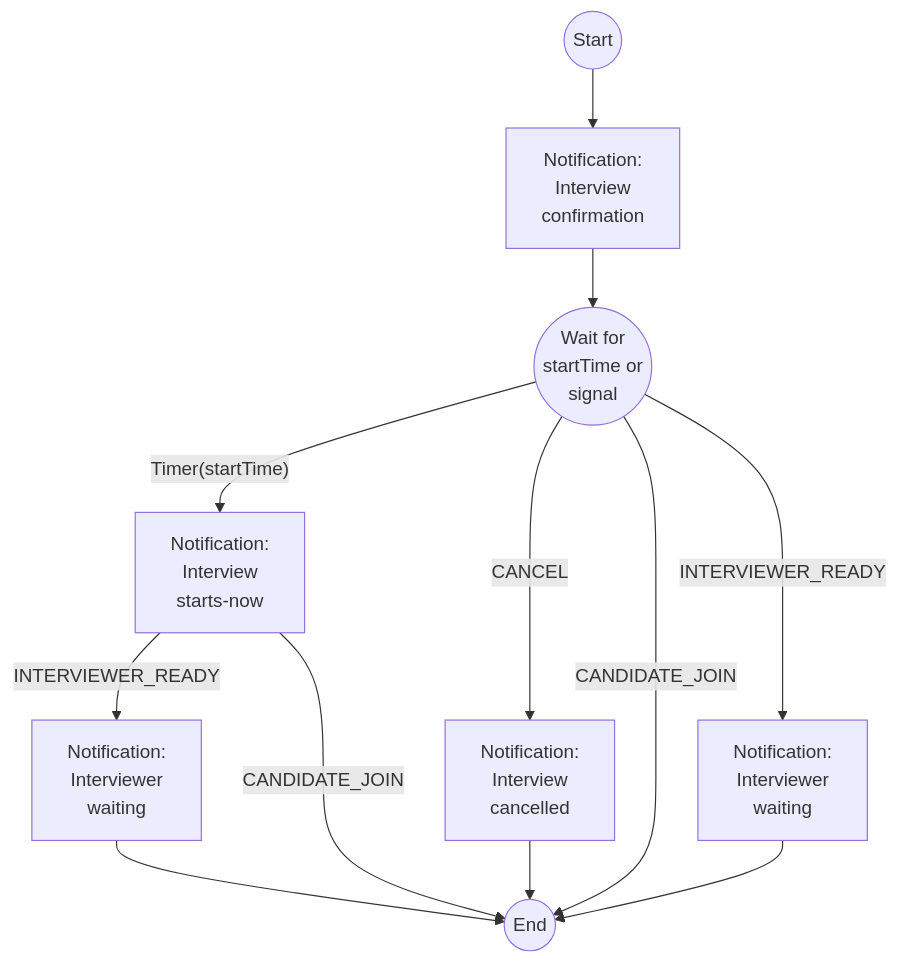
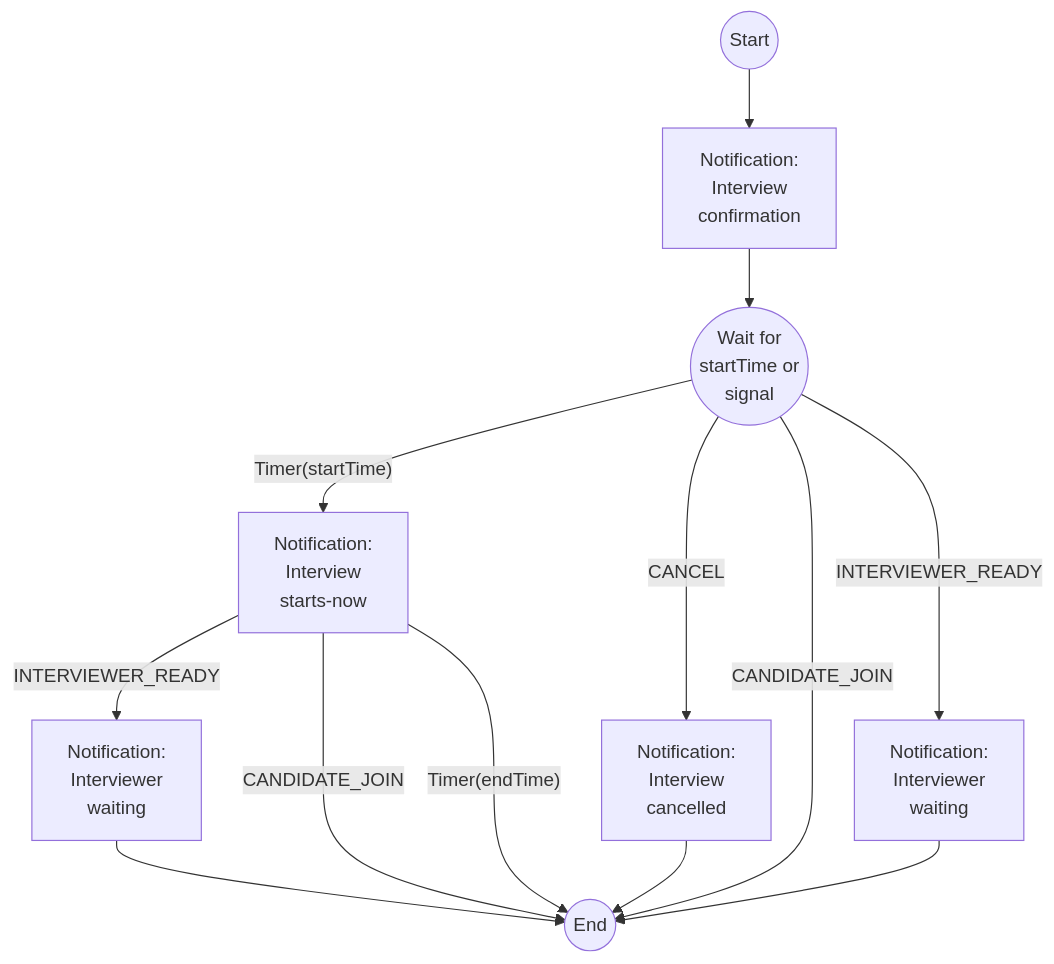
One commit to tonysyu/temporal-interview-notifications changed the diagram in README.md. Above: the diagram before and after it, drawn with Mermaid.

Commit message:
Update flowchart with endTime timer

````diff
--- a/README.md
+++ b/README.md
@@ -9,15 +9,16 @@
 ```mermaid
 graph TD
     A((Start)) --> B[Notification: <br/> Interview <br/> confirmation]
     B --> C((Wait for <br/> startTime or <br/> signal))
     C -->|"Timer(startTime)"| D[Notification: <br/> Interview <br/> starts-now]
  
     C -->|CANCEL| E[Notification: <br/> Interview <br/> cancelled]
     C -->|CANDIDATE_JOIN| Z((End))
     C -->|INTERVIEWER_READY| F[Notification: <br/> Interviewer <br/> waiting]
     D --> |INTERVIEWER_READY| G[Notification: <br/> Interviewer <br/> waiting]
     D --> |CANDIDATE_JOIN| Z
+    D --> |"Timer(endTime)"| Z
     E --> Z
     F --> Z
     G --> Z
 ```
````
